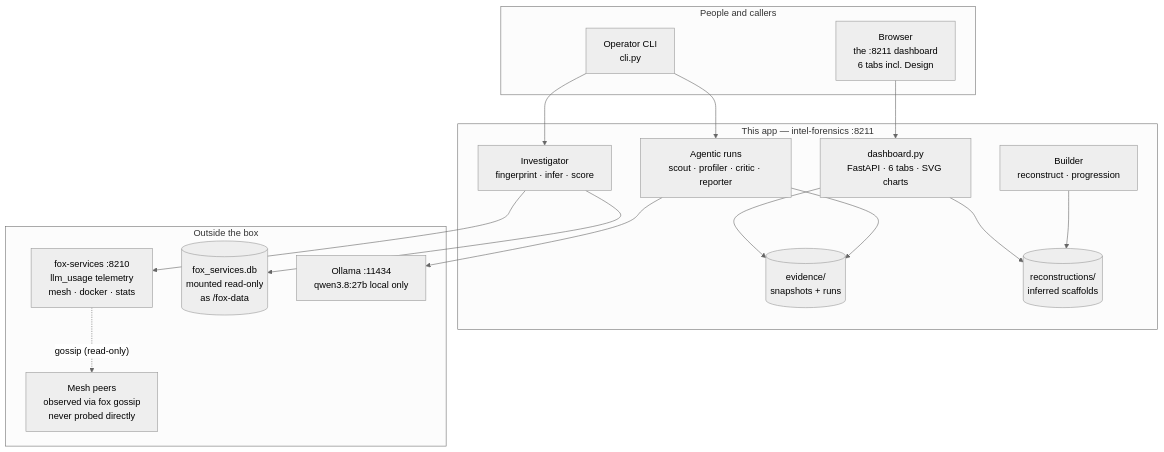
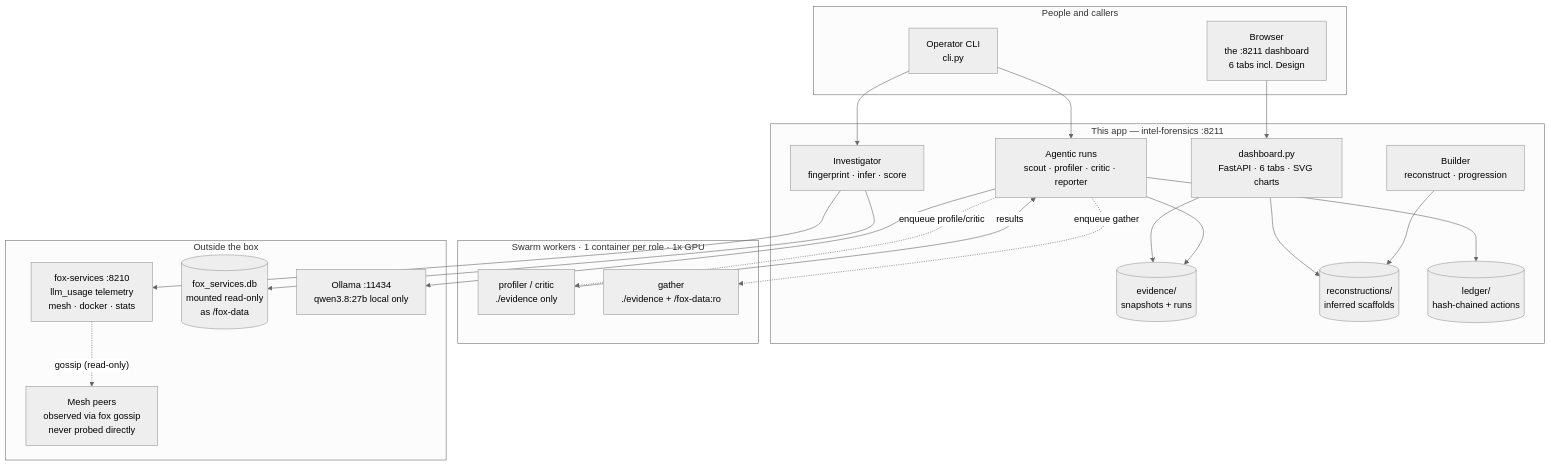
One commit to harishgovardhandamodar/intelligence-forensics changed the first of 2 diagrams in design/01-system-context.md. Above: the diagram before and after it, drawn with Mermaid (neutral theme). The commit also changed other lines of this file and 8 other files, not shown here.

First line of the commit message:
Design docs: agent swarm, trust zones T7/T8, NVIDIA isolation diagrams

````diff
--- a/design/01-system-context.md
+++ b/design/01-system-context.md
@@ -13,32 +13,41 @@
 ```mermaid
 flowchart TB
     subgraph US["People and callers"]
         B["Browser<br/>the :8211 dashboard<br/>6 tabs incl. Design"]
         OP["Operator CLI<br/>cli.py"]
     end
     subgraph BOX["This app — intel-forensics :8211"]
         DASH["dashboard.py<br/>FastAPI · 6 tabs · SVG charts"]
         INV["Investigator<br/>fingerprint · infer · score"]
         AGT["Agentic runs<br/>scout · profiler · critic · reporter"]
         BLD["Builder<br/>reconstruct · progression"]
         EV[(evidence/<br/>snapshots + runs)]
         RC[(reconstructions/<br/>inferred scaffolds)]
+        LG[(ledger/<br/>hash-chained actions)]
+    end
+    subgraph SWARM["Swarm workers · 1 container per role · 1x GPU"]
+        WK["profiler / critic<br/>./evidence only"]
+        WG["gather<br/>./evidence + /fox-data:ro"]
     end
     subgraph OUT["Outside the box"]
         FOX["fox-services :8210<br/>llm_usage telemetry<br/>mesh · docker · stats"]
         FDB[(fox_services.db<br/>mounted read-only<br/>as /fox-data)]
         OL["Ollama :11434<br/>qwen3.8:27b local only"]
         PEER["Mesh peers<br/>observed via fox gossip<br/>never probed directly"]
     end
     B --> DASH
     OP --> INV
     OP --> AGT
     DASH --> EV
     DASH --> RC
     INV --> FOX
     INV --> FDB
     AGT --> OL
     AGT --> EV
+    AGT --> LG
     BLD --> RC
+    AGT -.->|"enqueue profile/critic"| WK
+    AGT -.->|"enqueue gather"| WG
+    WK -->|"results"| AGT
     FOX -.->|"gossip (read-only)"| PEER
 ```
````
